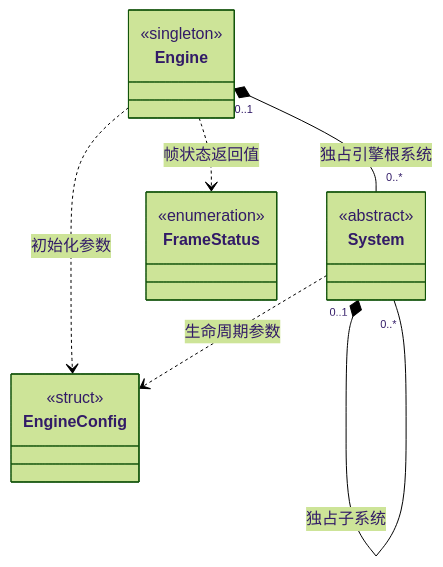
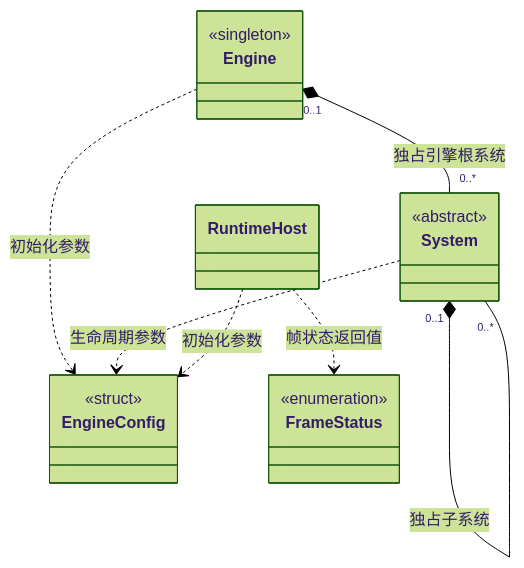
One commit to lcals/Engine changed the first of 19 diagrams in docs/class-diagrams/references.md. Above: the diagram before and after it, drawn with Mermaid (forest theme). The commit also changed other lines of this file and 143 other files, not shown here.

````diff
--- a/docs/class-diagrams/references.md
+++ b/docs/class-diagrams/references.md
@@ -30,21 +30,23 @@
 ```mermaid
 classDiagram
     direction TB
     class Engine {
         <<singleton>>
     }
     class System {
         <<abstract>>
     }
     class EngineConfig {
         <<struct>>
     }
     class FrameStatus {
         <<enumeration>>
     }
     Engine "0..1" *-- "0..*" System : 独占引擎根系统
     System "0..1" *-- "0..*" System : 独占子系统
     Engine ..> EngineConfig : 初始化参数
     System ..> EngineConfig : 生命周期参数
-    Engine ..> FrameStatus : 帧状态返回值
+    class RuntimeHost
+    RuntimeHost ..> FrameStatus : 帧状态返回值
+    RuntimeHost ..> EngineConfig : 初始化参数
 ```
````
